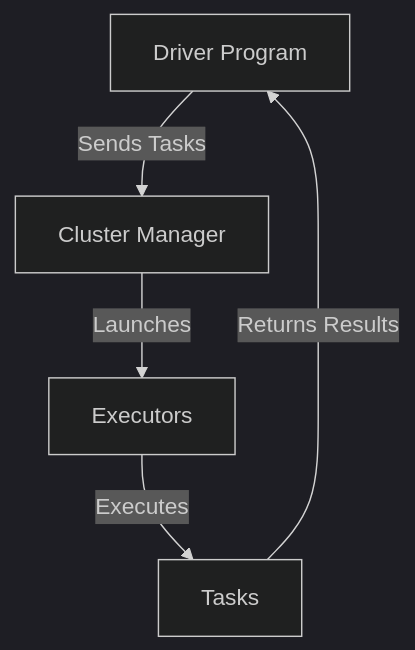
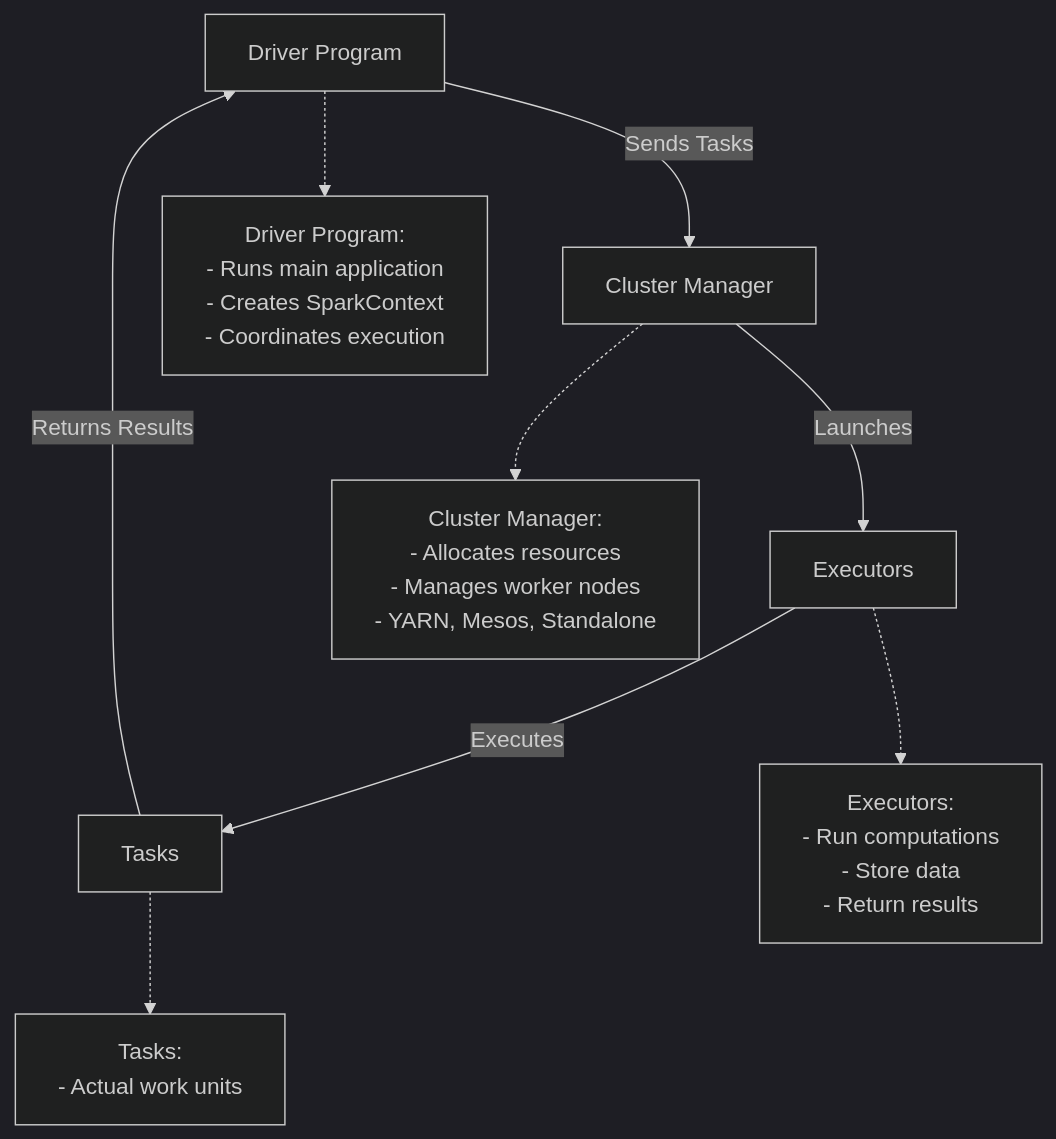
Before and after one commit to nikhilshrivastava-projects/Data-Engineering: the first of 2 diagrams in notes/PysparkNotes.md, drawn with Mermaid (dark theme). The commit also changed other lines of this file and 12 other files, not shown here.

````diff
--- a/notes/PysparkNotes.md
+++ b/notes/PysparkNotes.md
@@ -28,7 +28,17 @@
 ```mermaid
 flowchart TD
     A[Driver Program] -->|Sends Tasks| B[Cluster Manager]
     B -->|Launches| C[Executors]
     C -->|Executes| D[Tasks]
     D -->|Returns Results| A
+    
+    A_desc["Driver Program:\n- Runs main application\n- Creates SparkContext\n- Coordinates execution"]
+    B_desc["Cluster Manager:\n- Allocates resources\n- Manages worker nodes\n- YARN, Mesos, Standalone"]
+    C_desc["Executors:\n- Run computations\n- Store data\n- Return results"]
+    D_desc["Tasks:\n- Actual work units"]
+    
+    A -.-> A_desc
+    B -.-> B_desc
+    C -.-> C_desc
+    D -.-> D_desc
 ```
````
